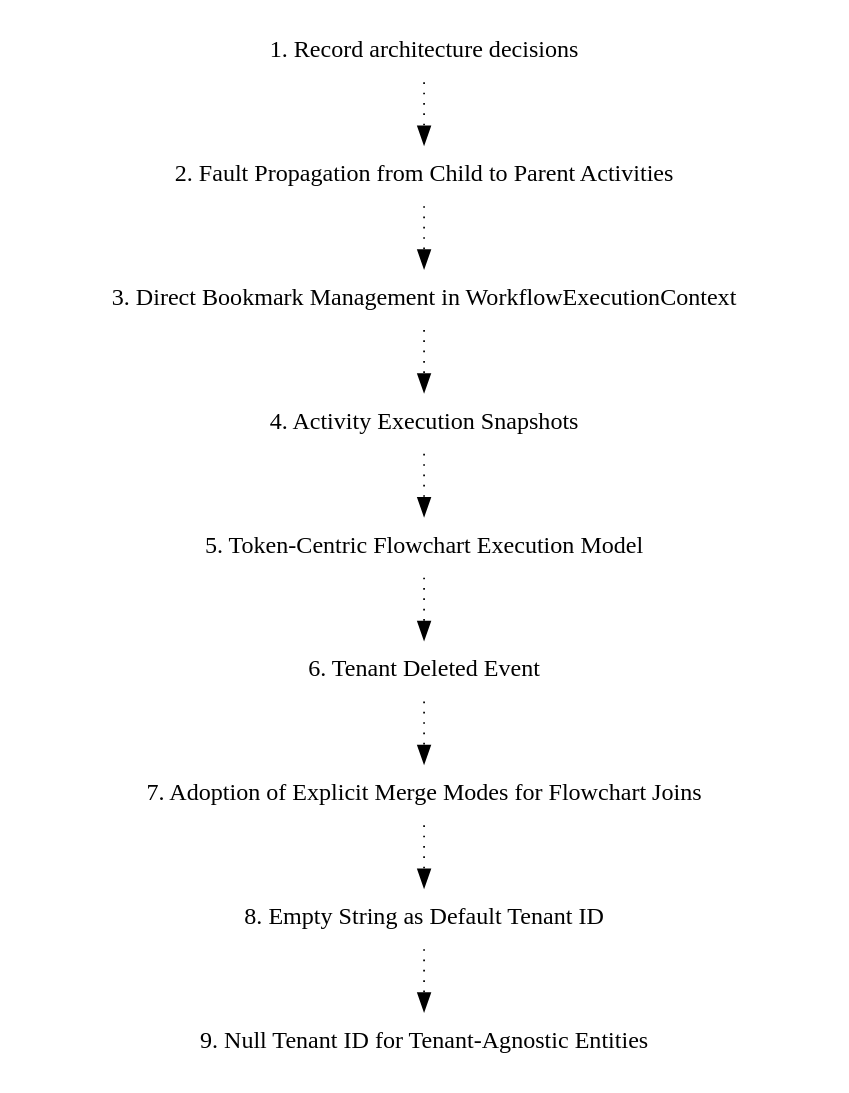
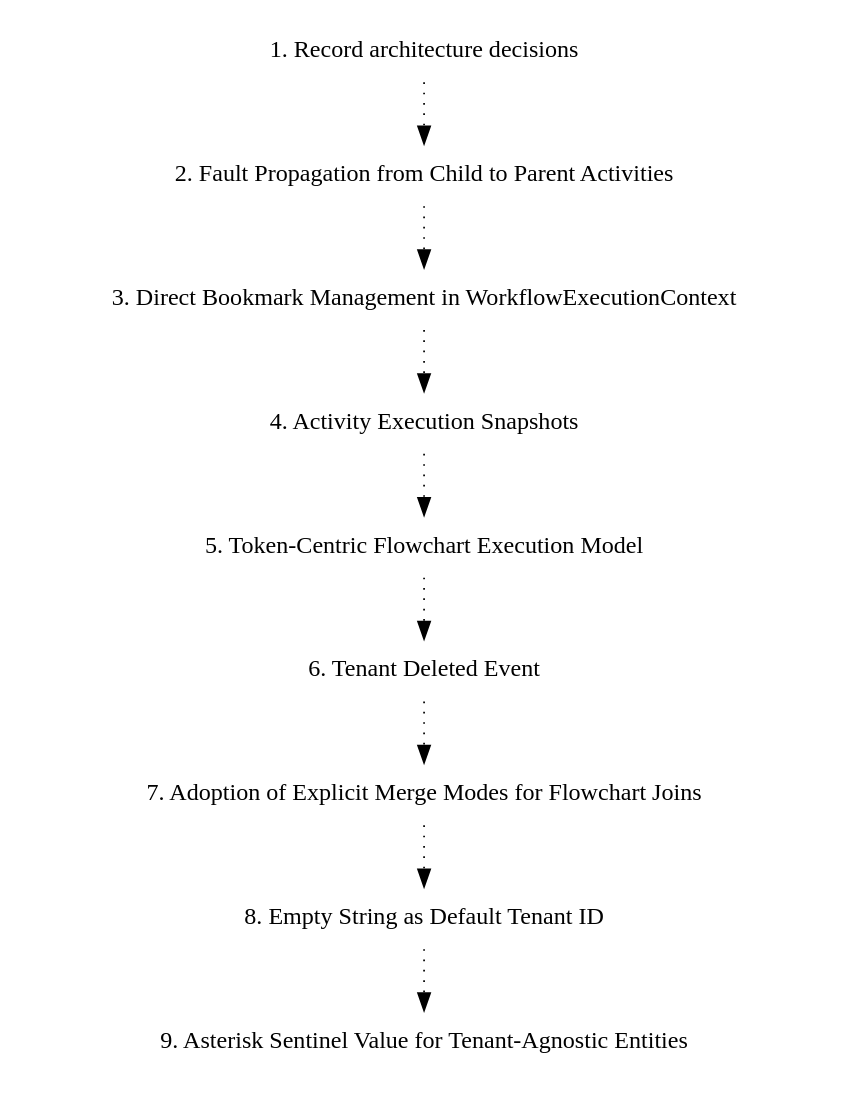
One commit to elsa-workflows/elsa-core changed the diagram in doc/adr/graph.dot. Above: the diagram before and after it, drawn with Graphviz. The commit also changed 4 other files, not shown here.

First line of the commit message:
Update ADR to use asterisk as sentinel value for tenant-agnostic entities

```diff
--- a/doc/adr/graph.dot
+++ b/doc/adr/graph.dot
@@ -1,22 +1,22 @@
 digraph {
   node [shape=plaintext];
   subgraph {
     _1 [label="1. Record architecture decisions"; URL="0001-record-architecture-decisions.html"];
     _2 [label="2. Fault Propagation from Child to Parent Activities"; URL="0002-fault-propagation-from-child-to-parent-activities.html"];
     _1 -> _2 [style="dotted", weight=1];
     _3 [label="3. Direct Bookmark Management in WorkflowExecutionContext"; URL="0003-direct-bookmark-management-in-workflowexecutioncontext.html"];
     _2 -> _3 [style="dotted", weight=1];
     _4 [label="4. Activity Execution Snapshots"; URL="0004-activity-execution-snapshots.html"];
     _3 -> _4 [style="dotted", weight=1];
     _5 [label="5. Token-Centric Flowchart Execution Model"; URL="0005-token-centric-flowchart-execution-model.html"];
     _4 -> _5 [style="dotted", weight=1];
     _6 [label="6. Tenant Deleted Event"; URL="0006-tenant-deleted-event.html"];
     _5 -> _6 [style="dotted", weight=1];
     _7 [label="7. Adoption of Explicit Merge Modes for Flowchart Joins"; URL="0007-adoption-of-explicit-merge-modes-for-flowchart-joins.html"];
     _6 -> _7 [style="dotted", weight=1];
     _8 [label="8. Empty String as Default Tenant ID"; URL="0008-empty-string-as-default-tenant-id.html"];
     _7 -> _8 [style="dotted", weight=1];
-    _9 [label="9. Null Tenant ID for Tenant-Agnostic Entities"; URL="0009-null-tenant-id-for-tenant-agnostic-entities.html"];
+    _9 [label="9. Asterisk Sentinel Value for Tenant-Agnostic Entities"; URL="0009-asterisk-sentinel-value-for-tenant-agnostic-entities.html"];
     _8 -> _9 [style="dotted", weight=1];
   }
 }
```
